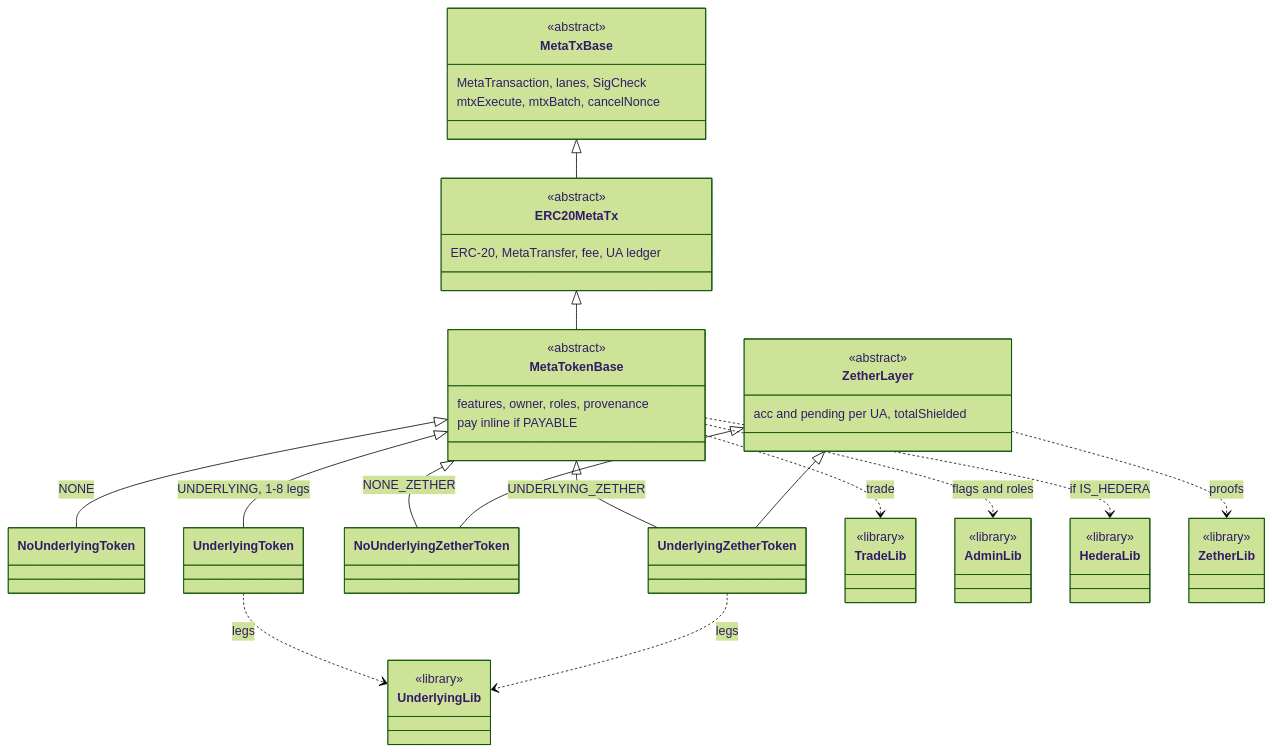
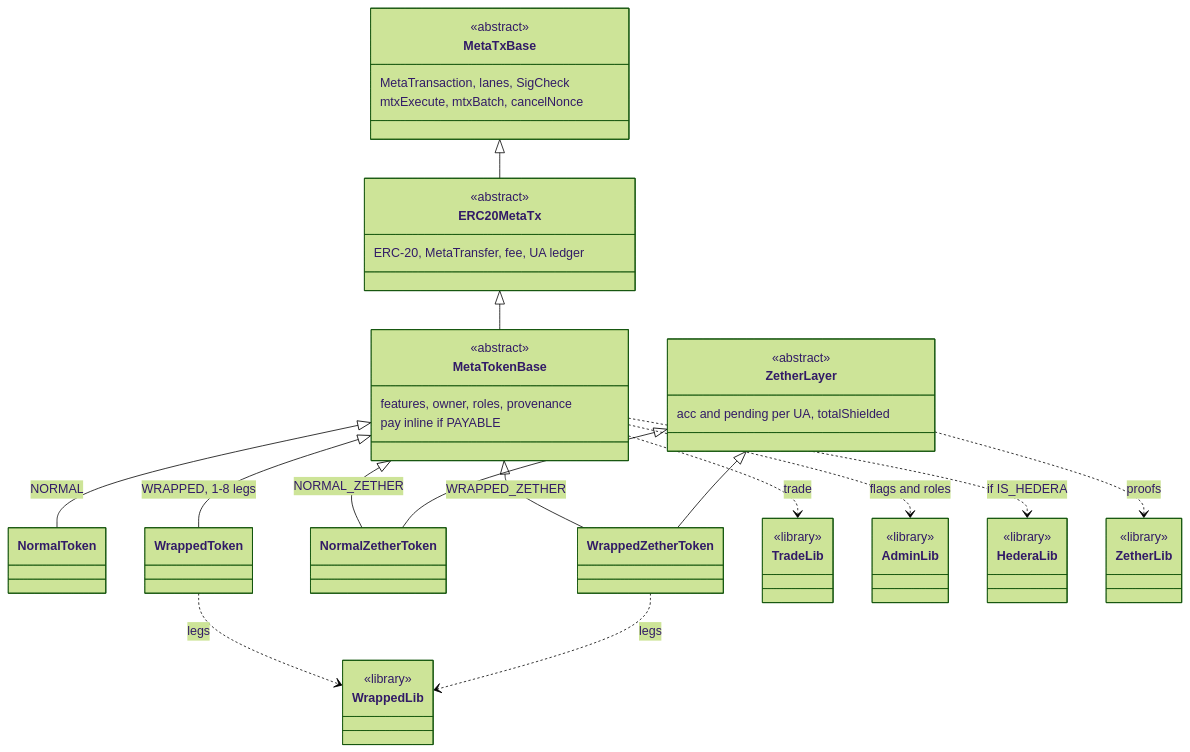
The second of 12 diagrams in docs/architecture.md (dinhduongha/scaas), drawn with Mermaid (forest theme) before and after one commit. The commit also changed other lines of this file and 53 other files, not shown here.

````diff
--- a/docs/architecture.md
+++ b/docs/architecture.md
@@ -277,40 +277,40 @@
 ```mermaid
 classDiagram
     MetaTxBase <|-- ERC20MetaTx
     ERC20MetaTx <|-- MetaTokenBase
-    MetaTokenBase <|-- NoUnderlyingToken : NONE
-    MetaTokenBase <|-- UnderlyingToken : UNDERLYING, 1-8 legs
-    MetaTokenBase <|-- NoUnderlyingZetherToken : NONE_ZETHER
-    MetaTokenBase <|-- UnderlyingZetherToken : UNDERLYING_ZETHER
-    ZetherLayer <|-- NoUnderlyingZetherToken
-    ZetherLayer <|-- UnderlyingZetherToken
+    MetaTokenBase <|-- NormalToken : NORMAL
+    MetaTokenBase <|-- WrappedToken : WRAPPED, 1-8 legs
+    MetaTokenBase <|-- NormalZetherToken : NORMAL_ZETHER
+    MetaTokenBase <|-- WrappedZetherToken : WRAPPED_ZETHER
+    ZetherLayer <|-- NormalZetherToken
+    ZetherLayer <|-- WrappedZetherToken
     MetaTokenBase ..> TradeLib : trade
     MetaTokenBase ..> AdminLib : flags and roles
     MetaTokenBase ..> HederaLib : if IS_HEDERA
-    UnderlyingToken ..> UnderlyingLib : legs
-    UnderlyingZetherToken ..> UnderlyingLib : legs
+    WrappedToken ..> WrappedLib : legs
+    WrappedZetherToken ..> WrappedLib : legs
     ZetherLayer ..> ZetherLib : proofs
     class MetaTxBase {
         <<abstract>>
         MetaTransaction, lanes, SigCheck
         mtxExecute, mtxBatch, cancelNonce
     }
     class ERC20MetaTx {
         <<abstract>>
         ERC-20, MetaTransfer, fee, UA ledger
     }
     class MetaTokenBase {
         <<abstract>>
         features, owner, roles, provenance
         pay inline if PAYABLE
     }
     class ZetherLayer {
         <<abstract>>
         acc and pending per UA, totalShielded
     }
     class TradeLib { <<library>> }
     class AdminLib { <<library>> }
-    class UnderlyingLib { <<library>> }
+    class WrappedLib { <<library>> }
     class ZetherLib { <<library>> }
     class HederaLib { <<library>> }
 ```
````
